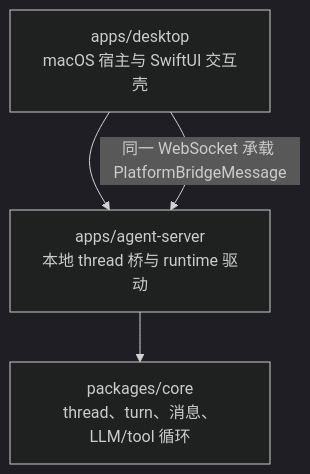
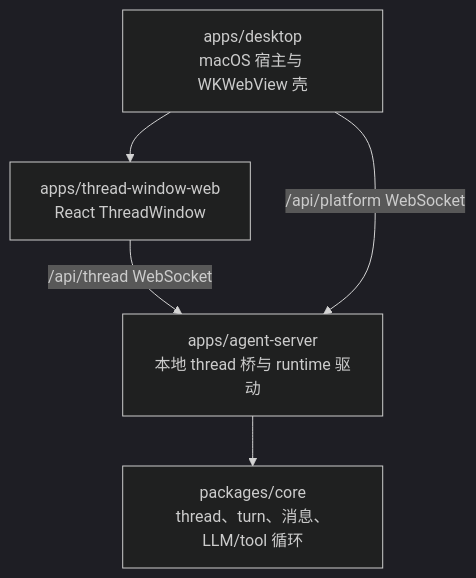
The first of 2 diagrams in handAgent.md (Lixuhang987/SpotAgent), drawn with Mermaid (dark theme) before and after one commit. The commit also changed other lines of this file and 13 other files, not shown here.

````diff
--- a/handAgent.md
+++ b/handAgent.md
@@ -22,6 +22,7 @@
 ```mermaid
 flowchart TD
-  A[apps/desktop<br/>macOS 宿主与 SwiftUI 交互壳] --> B[apps/agent-server<br/>本地 thread 桥与 runtime 驱动]
+  A[apps/desktop<br/>macOS 宿主与 WKWebView 壳] --> W[apps/thread-window-web<br/>React ThreadWindow]
+  W -->|/api/thread WebSocket| B[apps/agent-server<br/>本地 thread 桥与 runtime 驱动]
+  A -->|/api/platform WebSocket| B
   B --> C[packages/core<br/>thread、turn、消息、LLM/tool 循环]
-  A -->|同一 WebSocket 承载 PlatformBridgeMessage| B
 ```
````
